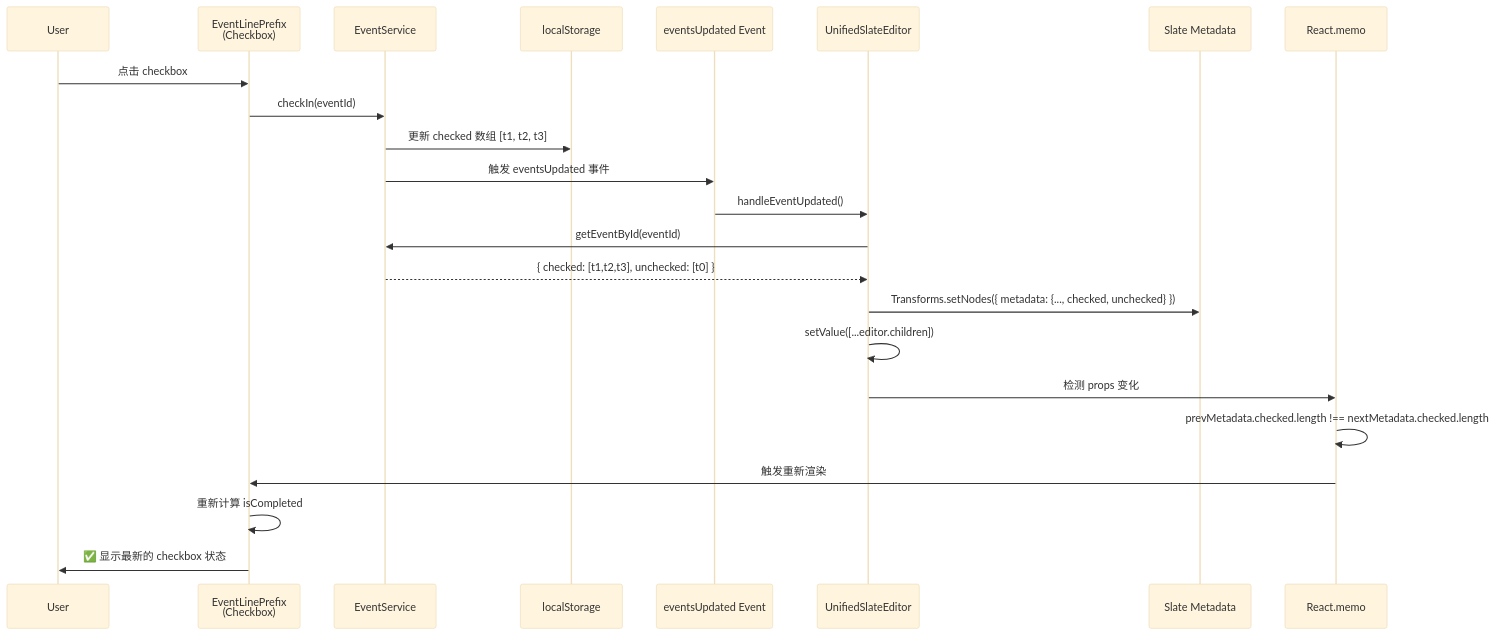
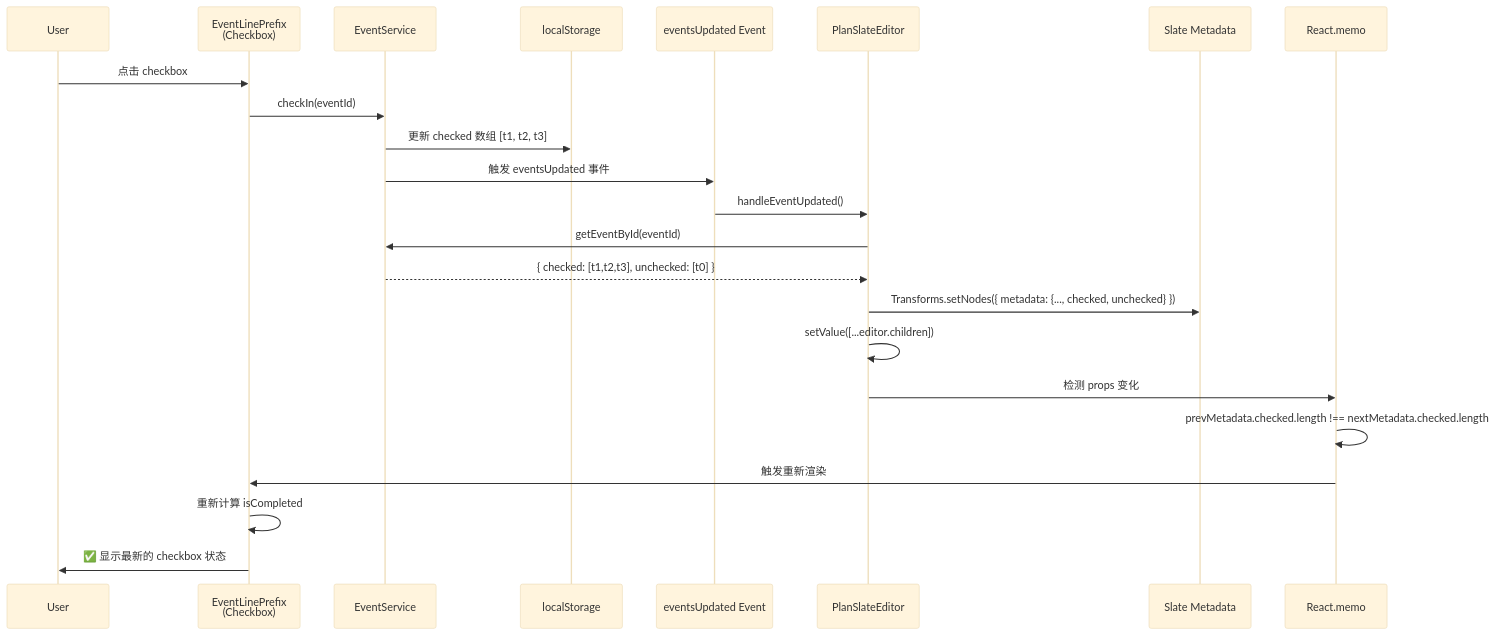
One commit to zoeysnowy/ReMarkable changed the diagram in docs/PRD/SLATE_EDITOR_PRD.md. Above: the diagram before and after it, drawn with Mermaid (base theme). The commit also changed other lines of this file and 30 other files, not shown here.

````diff
--- a/docs/PRD/SLATE_EDITOR_PRD.md
+++ b/docs/PRD/SLATE_EDITOR_PRD.md
@@ -254,26 +254,26 @@
 ```mermaid
 sequenceDiagram
     participant User
     participant Checkbox as EventLinePrefix<br/>(Checkbox)
     participant EventService
     participant Storage as localStorage
     participant EventHub as eventsUpdated Event
-    participant SlateEditor as UnifiedSlateEditor
+    participant SlateEditor as PlanSlateEditor
     participant Slate as Slate Metadata
     participant ReactMemo as React.memo
 
     User->>Checkbox: 点击 checkbox
     Checkbox->>EventService: checkIn(eventId)
     EventService->>Storage: 更新 checked 数组 [t1, t2, t3]
     EventService->>EventHub: 触发 eventsUpdated 事件
     EventHub->>SlateEditor: handleEventUpdated()
     SlateEditor->>EventService: getEventById(eventId)
     EventService-->>SlateEditor: { checked: [t1,t2,t3], unchecked: [t0] }
     SlateEditor->>Slate: Transforms.setNodes({ metadata: {..., checked, unchecked} })
     SlateEditor->>SlateEditor: setValue([...editor.children])
     SlateEditor->>ReactMemo: 检测 props 变化
     ReactMemo->>ReactMemo: prevMetadata.checked.length !== nextMetadata.checked.length
     ReactMemo->>Checkbox: 触发重新渲染
     Checkbox->>Checkbox: 重新计算 isCompleted
     Checkbox->>User: ✅ 显示最新的 checkbox 状态
 ```
````
